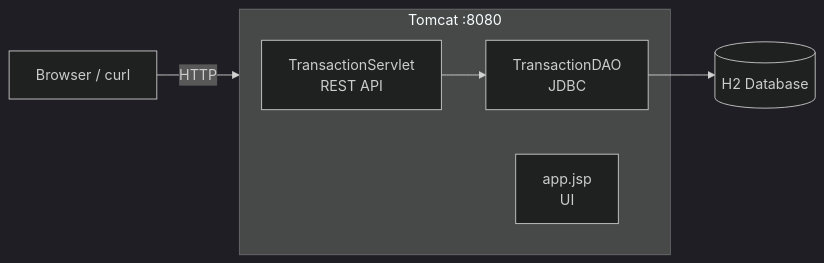
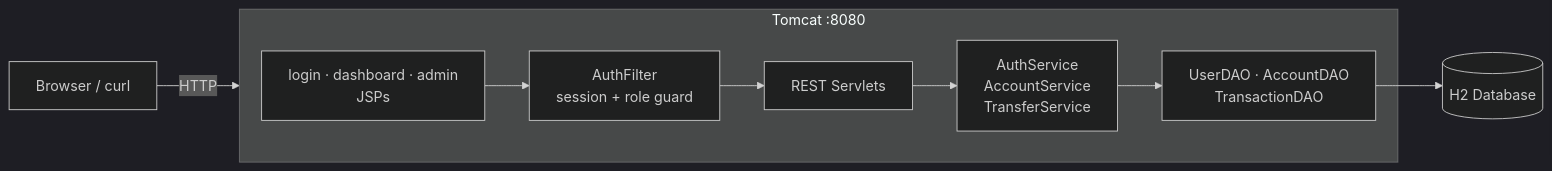
One commit to dishacodes15/jdbc-transaction-tracker changed the first of 2 diagrams in README.md. Above: the diagram before and after it, drawn with Mermaid (dark theme). The commit also changed other lines of this file and 45 other files, not shown here.

First line of the commit message:
feat: Add dashboard and login pages for user interface

````diff
--- a/README.md
+++ b/README.md
@@ -11,11 +13,13 @@
 ```mermaid
 graph LR
     Client[Browser / curl] -->|HTTP| Tomcat
 
     subgraph Tomcat ["Tomcat :8080"]
-        Servlet[TransactionServlet<br/>REST API] --> DAO[TransactionDAO<br/>JDBC]
-        JSP[app.jsp<br/>UI]
+        JSP[login · dashboard · admin<br/>JSPs] --> Filter[AuthFilter<br/>session + role guard]
+        Filter --> Servlets[REST Servlets]
+        Servlets --> Services[AuthService<br/>AccountService<br/>TransferService]
+        Services --> DAO[UserDAO · AccountDAO<br/>TransactionDAO]
     end
 
     DAO --> H2[(H2 Database)]
 ```
````
